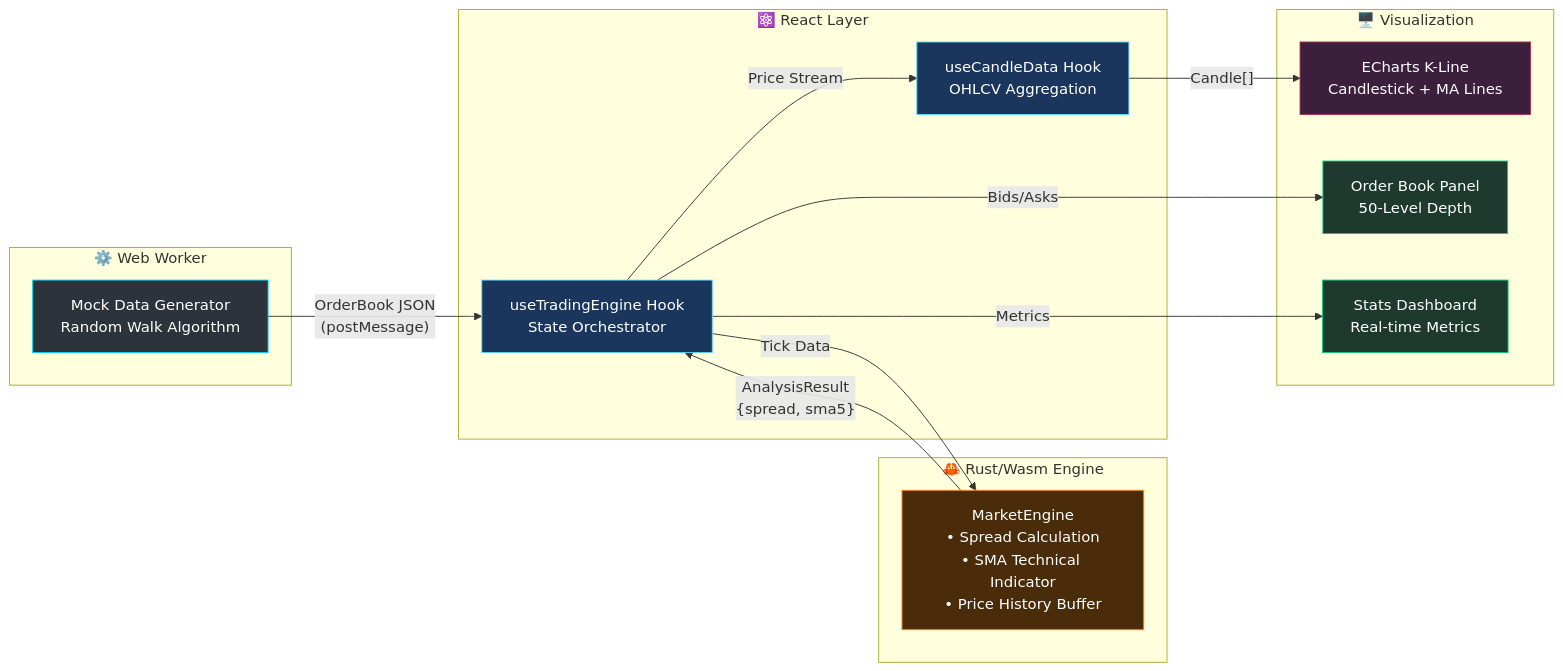
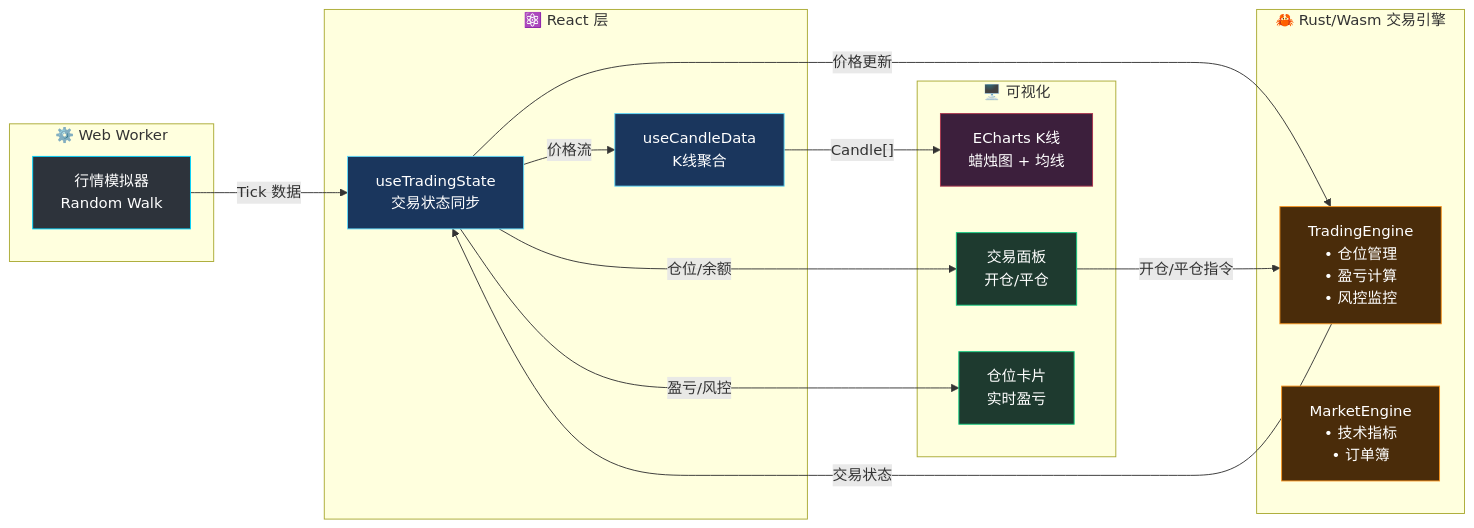
The diagram in README.md (Duri686/RustQuantLab), drawn with Mermaid before and after one commit. The commit also changed other lines of this file and 2 other files, not shown here.

````diff
--- a/README.md
+++ b/README.md
@@ -39,37 +40,40 @@
 ```mermaid
 flowchart LR
     subgraph Worker["⚙️ Web Worker"]
-        A[Mock Data Generator<br/>Random Walk Algorithm]
+        A[行情模拟器<br/>Random Walk]
     end
     
-    subgraph Wasm["🦀 Rust/Wasm Engine"]
-        B[MarketEngine<br/>• Spread Calculation<br/>• SMA Technical Indicator<br/>• Price History Buffer]
+    subgraph Wasm["🦀 Rust/Wasm 交易引擎"]
+        B[TradingEngine<br/>• 仓位管理<br/>• 盈亏计算<br/>• 风控监控]
+        C[MarketEngine<br/>• 技术指标<br/>• 订单簿]
     end
     
-    subgraph React["⚛️ React Layer"]
-        C[useTradingEngine Hook<br/>State Orchestrator]
-        D[useCandleData Hook<br/>OHLCV Aggregation]
+    subgraph React["⚛️ React 层"]
+        D[useTradingState<br/>交易状态同步]
+        E[useCandleData<br/>K线聚合]
     end
     
-    subgraph UI["🖥️ Visualization"]
-        E[ECharts K-Line<br/>Candlestick + MA Lines]
-        F[Order Book Panel<br/>50-Level Depth]
-        G[Stats Dashboard<br/>Real-time Metrics]
+    subgraph UI["🖥️ 可视化"]
+        F[ECharts K线<br/>蜡烛图 + 均线]
+        G[交易面板<br/>开仓/平仓]
+        H[仓位卡片<br/>实时盈亏]
     end
     
-    A -->|"OrderBook JSON<br/>(postMessage)"| C
-    C -->|"Tick Data"| B
-    B -->|"AnalysisResult<br/>{spread, sma5}"| C
-    C -->|"Price Stream"| D
-    D -->|"Candle[]"| E
-    C -->|"Bids/Asks"| F
-    C -->|"Metrics"| G
+    A -->|"Tick 数据"| D
+    D -->|"价格更新"| B
+    B -->|"交易状态"| D
+    D -->|"价格流"| E
+    E -->|"Candle[]"| F
+    D -->|"仓位/余额"| G
+    D -->|"盈亏/风控"| H
+    G -->|"开仓/平仓指令"| B
     
     style A fill:#2d333b,stroke:#00d4ff,color:#fff
     style B fill:#4a2c0a,stroke:#f7931e,color:#fff
-    style C fill:#1a365d,stroke:#61dafb,color:#fff
+    style C fill:#4a2c0a,stroke:#f7931e,color:#fff
     style D fill:#1a365d,stroke:#61dafb,color:#fff
-    style E fill:#3c1f3c,stroke:#aa344d,color:#fff
-    style F fill:#1e3a2f,stroke:#0ecb81,color:#fff
+    style E fill:#1a365d,stroke:#61dafb,color:#fff
+    style F fill:#3c1f3c,stroke:#aa344d,color:#fff
     style G fill:#1e3a2f,stroke:#0ecb81,color:#fff
+    style H fill:#1e3a2f,stroke:#0ecb81,color:#fff
 ```
````
